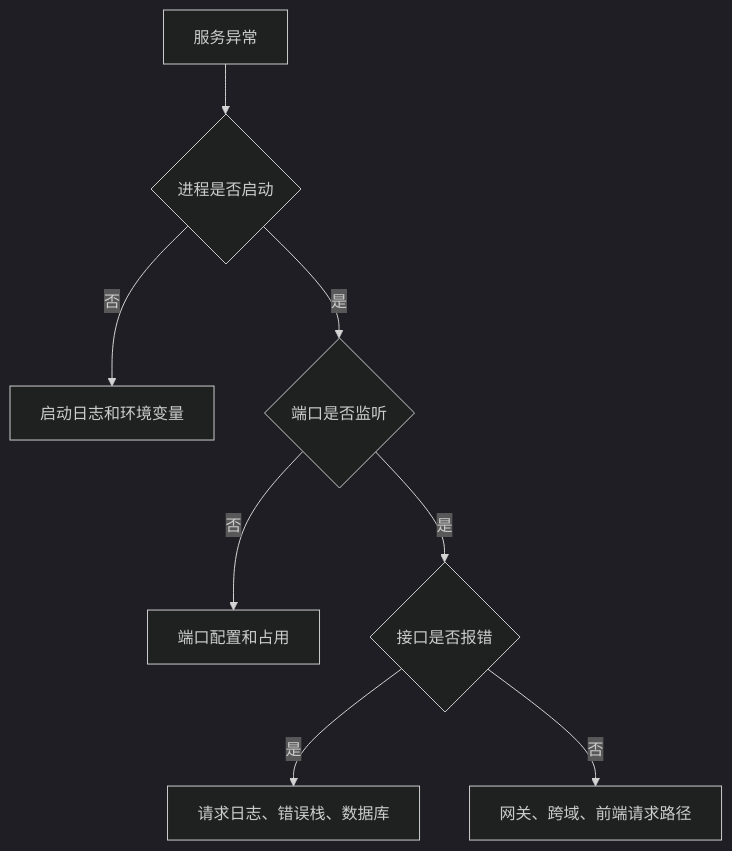
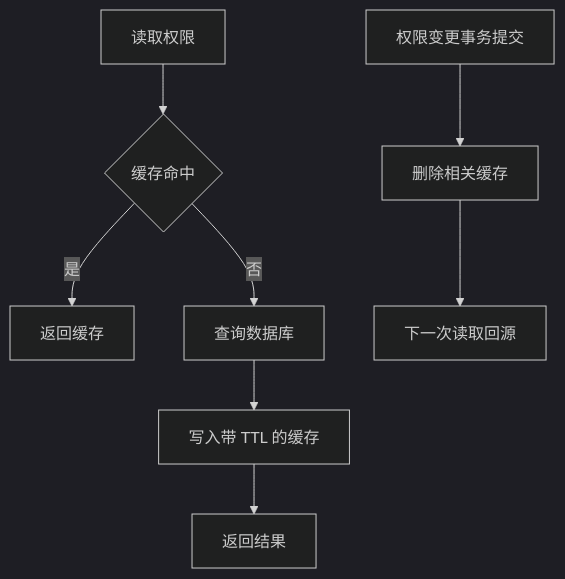
One commit to yokry-he/yok-study-web changed diagram 20 of 27 in docs/node/visual-guide.md. Above: the diagram before and after it, drawn with Mermaid (dark theme). The commit also changed other lines of this file and 14 other files, not shown here.

````diff
--- a/docs/node/visual-guide.md
+++ b/docs/node/visual-guide.md
@@ -128,10 +399,10 @@
 ```mermaid
 flowchart TD
-  A[服务异常] --> B{进程是否启动}
-  B -- 否 --> C[启动日志和环境变量]
-  B -- 是 --> D{端口是否监听}
-  D -- 否 --> E[端口配置和占用]
-  D -- 是 --> F{接口是否报错}
-  F -- 是 --> G[请求日志、错误栈、数据库]
-  F -- 否 --> H[网关、跨域、前端请求路径]
+  A["读取权限"] --> B{"缓存命中"}
+  B -- "是" --> C["返回缓存"]
+  B -- "否" --> D["查询数据库"]
+  D --> E["写入带 TTL 的缓存"]
+  E --> F["返回结果"]
+  G["权限变更事务提交"] --> H["删除相关缓存"]
+  H --> I["下一次读取回源"]
 ```
````
